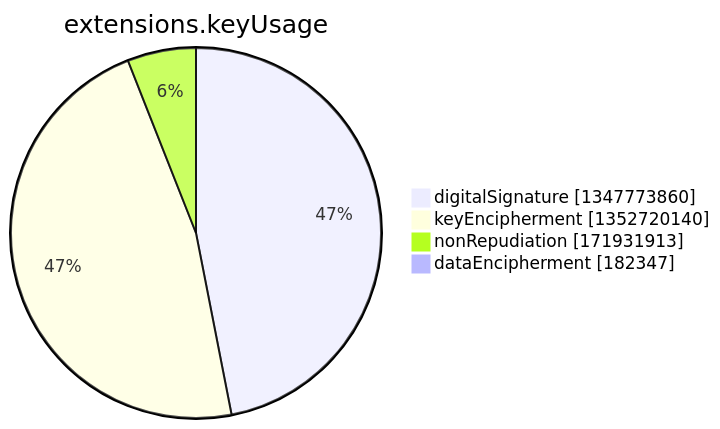
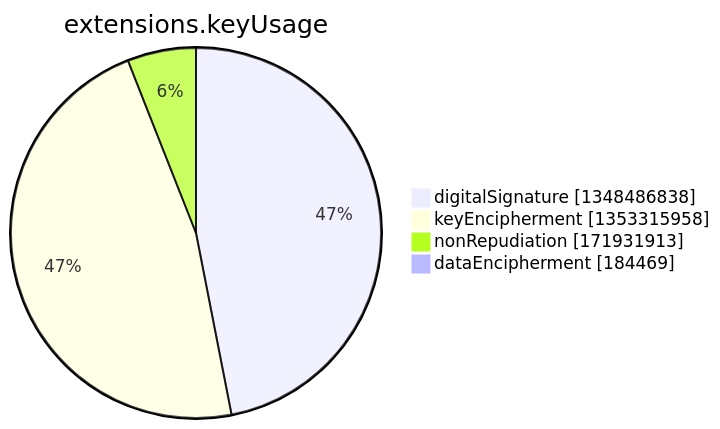
The seventh of 15 diagrams in argon2022/README.md (christiankrug/ctmonitor_visualization), drawn with Mermaid before and after one commit. The commit also changed other lines of this file, not shown here.

````diff
--- a/argon2022/README.md
+++ b/argon2022/README.md
@@ -2750,8 +2750,8 @@
 ```mermaid
 pie showData
 title extensions.keyUsage
-"digitalSignature" :1347773860
-"keyEncipherment" :1352720140
+"digitalSignature" :1348486838
+"keyEncipherment" :1353315958
 "nonRepudiation" :171931913
-"dataEncipherment" :182347
+"dataEncipherment" :184469
 ```
````
